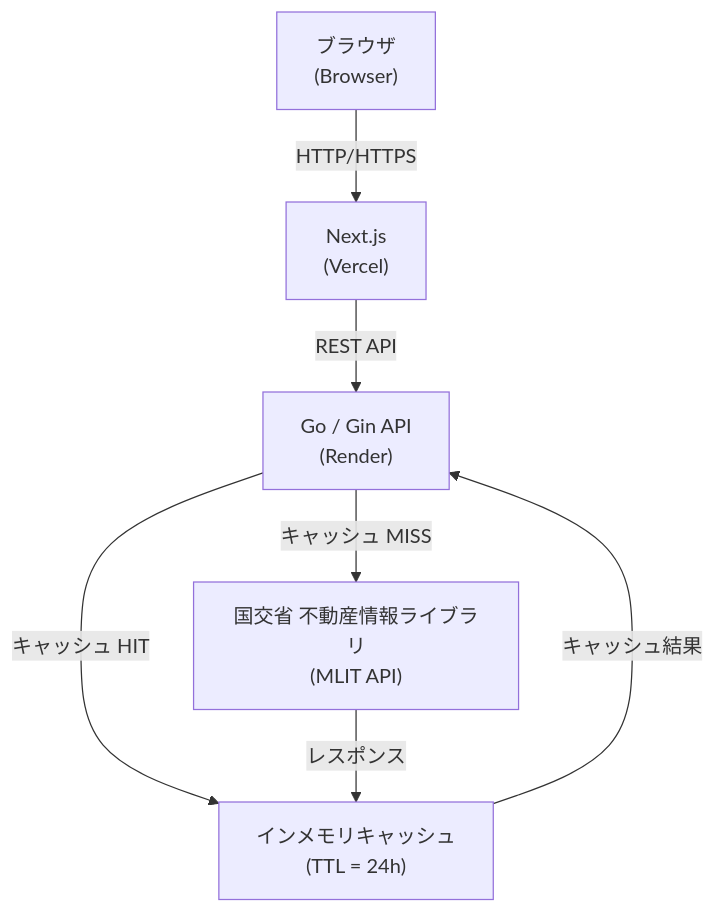
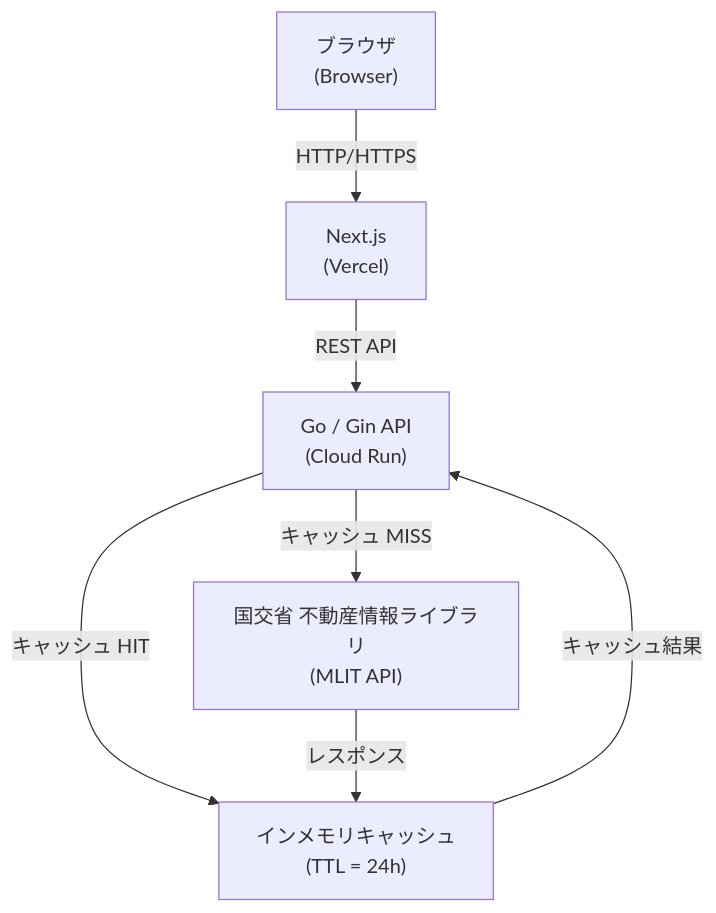
Before and after one commit to glkt3912/yield-guard: the first of 2 diagrams in README.md, drawn with Mermaid. The commit also changed 1 other file, not shown here.

Commit message:
fix(docs): correct deploy target and diagram edges in Mermaid diagrams
- Replace Render with Cloud Run in README system diagram and architecture deploy diagram
- Remove incorrect Docker→Vercel edge; add CI_FE→Vercel to reflect git integration deploy
- Add Terraform CI node and PR→Terraform edge to deploy flow diagram

````diff
--- a/README.md
+++ b/README.md
@@ -26,15 +26,15 @@
 ```mermaid
 flowchart TD
     Browser["ブラウザ\n(Browser)"]
     Next["Next.js\n(Vercel)"]
-    Go["Go / Gin API\n(Render)"]
+    Go["Go / Gin API\n(Cloud Run)"]
     Cache["インメモリキャッシュ\n(TTL = 24h)"]
     MLIT["国交省 不動産情報ライブラリ\n(MLIT API)"]
 
     Browser -->|HTTP/HTTPS| Next
     Next -->|REST API| Go
     Go -->|キャッシュ HIT| Cache
     Go -->|キャッシュ MISS| MLIT
     MLIT -->|レスポンス| Cache
     Cache -->|キャッシュ結果| Go
 ```
````
